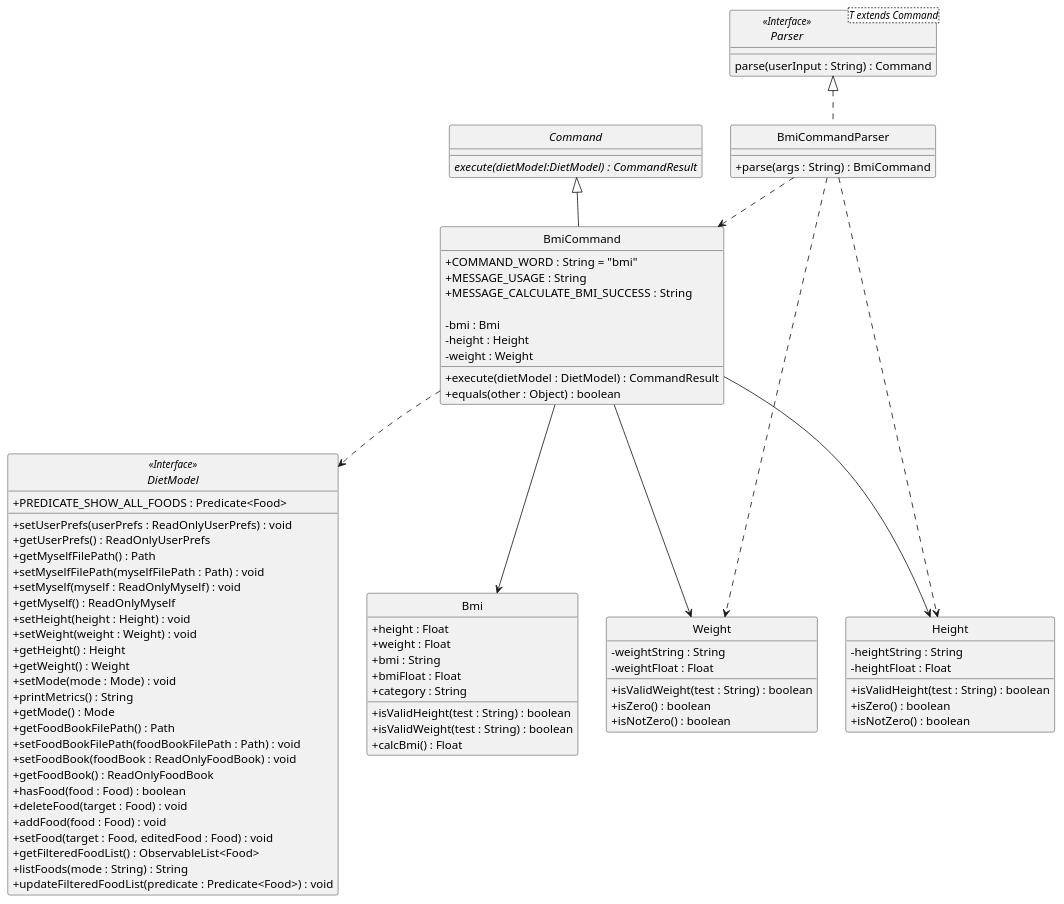
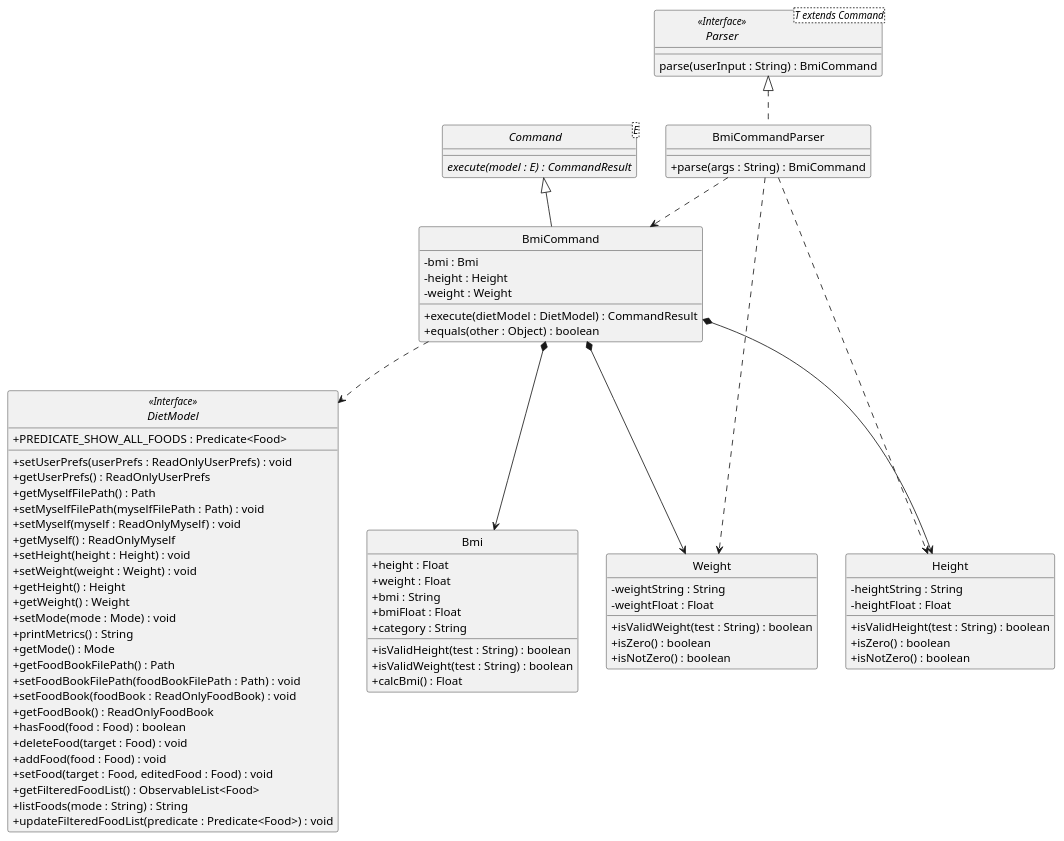
One commit to nus-cs2103-AY1920S2/addressbook-level3 changed the diagram in docs/diagrams/DietTrackerBmiCommandClassDiagram.puml. Above: the diagram before and after it, drawn with PlantUML. The commit also changed 45 other files, not shown here.

```diff
--- a/docs/diagrams/DietTrackerBmiCommandClassDiagram.puml
+++ b/docs/diagrams/DietTrackerBmiCommandClassDiagram.puml
@@ -1,115 +1,111 @@
 @startuml
 /' @author @jarrod-bob'/
 /' Got inspiration and adapted
 from https://github.com/AY1920S2-CS2103T-W12-1/main/blob/master/docs/images/DeliveredClassDiagram.png '/
 
 skinparam backgroundColor #ffffff
 skinparam classAttributeIconSize 0
 hide circle
 
 class BmiCommandParser implements Parser {
     /' Methods '/
     + parse(args : String) : BmiCommand
 }
 
 interface Parser<T extends Command> <<Interface>> {
-    parse(userInput : String) : Command
+    parse(userInput : String) : BmiCommand
 }
 
-abstract class Command {
-    {abstract} execute(dietModel:DietModel) : CommandResult
+abstract class Command<E> {
+    {abstract} execute(model : E) : CommandResult
 }
 
 class BmiCommand extends Command {
     /' Fields '/
-    + COMMAND_WORD : String = "bmi"
-    + MESSAGE_USAGE : String
-    + MESSAGE_CALCULATE_BMI_SUCCESS : String
-
     - bmi : Bmi
     - height : Height
     - weight : Weight
 
     /' Methods '/
     + execute(dietModel : DietModel) : CommandResult
     + equals(other : Object) : boolean
 
 }
 
 interface DietModel <<Interface>> {
     + PREDICATE_SHOW_ALL_FOODS : Predicate<Food>
 
     + setUserPrefs(userPrefs : ReadOnlyUserPrefs) : void
     + getUserPrefs() : ReadOnlyUserPrefs
     + getMyselfFilePath() : Path
     + setMyselfFilePath(myselfFilePath : Path) : void
     + setMyself(myself : ReadOnlyMyself) : void
     + getMyself() : ReadOnlyMyself
     + setHeight(height : Height) : void
     + setWeight(weight : Weight) : void
     + getHeight() : Height
     + getWeight() : Weight
     + setMode(mode : Mode) : void
     + printMetrics() : String
     + getMode() : Mode
     + getFoodBookFilePath() : Path
     + setFoodBookFilePath(foodBookFilePath : Path) : void
     + setFoodBook(foodBook : ReadOnlyFoodBook) : void
     + getFoodBook() : ReadOnlyFoodBook
     + hasFood(food : Food) : boolean
     + deleteFood(target : Food) : void
     + addFood(food : Food) : void
     + setFood(target : Food, editedFood : Food) : void
     + getFilteredFoodList() : ObservableList<Food>
     + listFoods(mode : String) : String
     + updateFilteredFoodList(predicate : Predicate<Food>) : void
 }
 
 
 class Bmi {
     /' Fields '/
     + height : Float
     + weight : Float
     + bmi : String
     + bmiFloat : Float
     + category : String
 
     /' Methods '/
     + isValidHeight(test : String) : boolean
     + isValidWeight(test : String) : boolean
     + calcBmi() : Float
 }
 
 class Height {
     /' Fields '/
     - heightString : String
     - heightFloat : Float
 
     /' Methods '/
     + isValidHeight(test : String) : boolean
     + isZero() : boolean
     + isNotZero() : boolean
 }
 
 class Weight {
     /' Fields '/
     - weightString : String
     - weightFloat : Float
 
     /' Methods '/
     + isValidWeight(test : String) : boolean
     + isZero() : boolean
     + isNotZero() : boolean
 }
 
 
 BmiCommand ..> DietModel
 BmiCommandParser ..> BmiCommand
 BmiCommandParser ..> Height
 BmiCommandParser ..> Weight
-BmiCommand --> Height
-BmiCommand --> Weight
-BmiCommand --> Bmi
+BmiCommand *--> Height
+BmiCommand *--> Weight
+BmiCommand *--> Bmi
 
 
 @enduml
```
